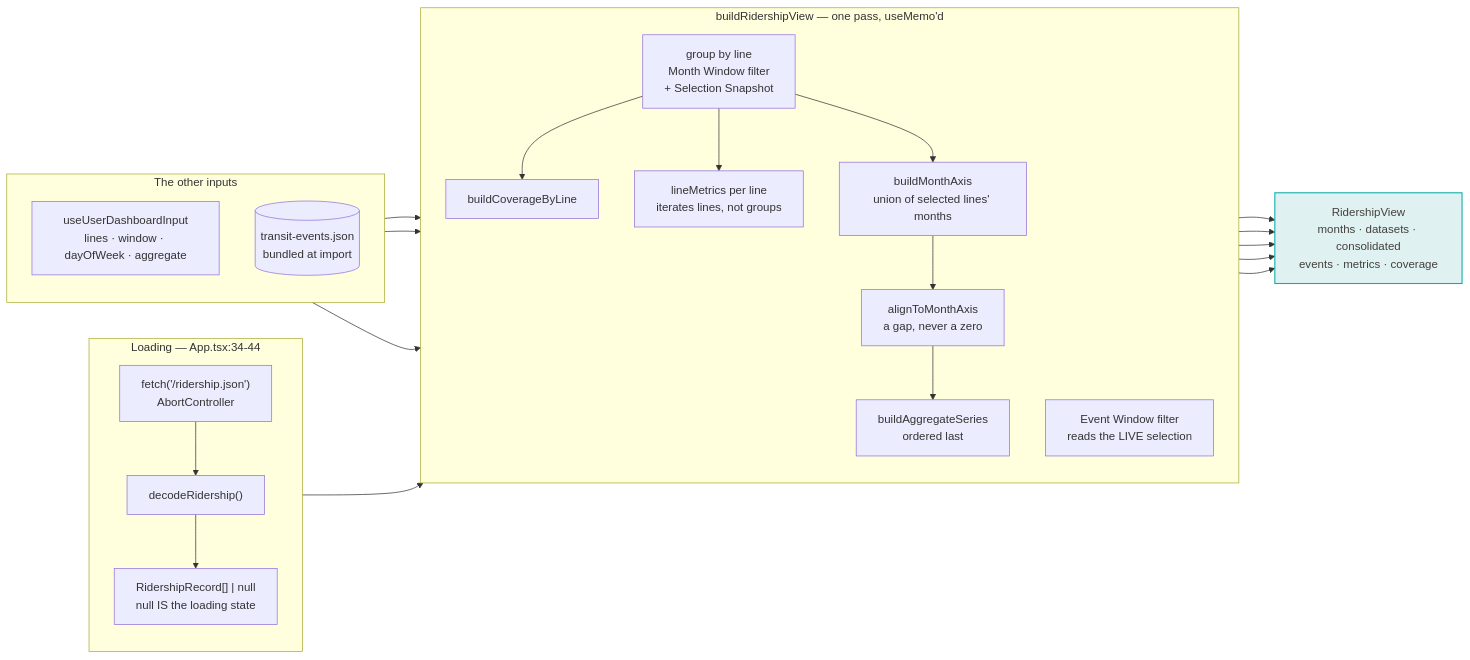
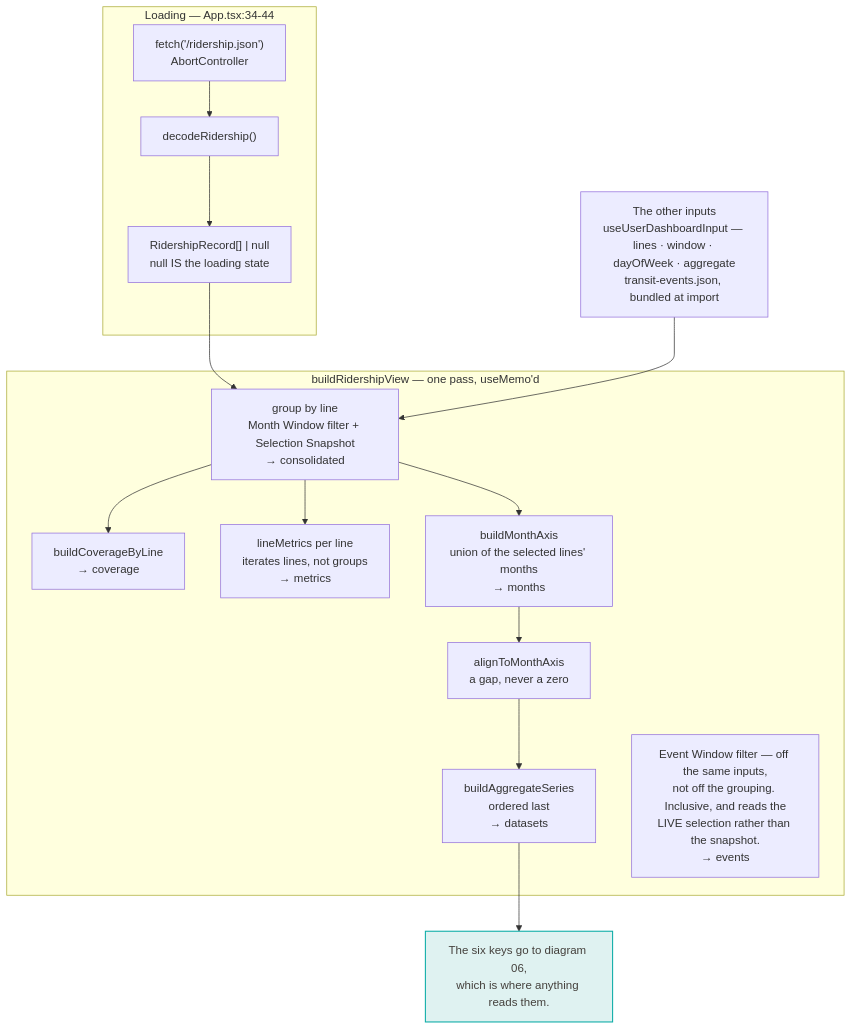
Before and after one commit to streetsforall/metro_ridership_app: the diagram in docs/architecture/mermaid/05-runtime-load-and-derive.mmd, drawn with Mermaid. The commit also changed 9 other files, not shown here.

```diff
--- a/docs/architecture/mermaid/05-runtime-load-and-derive.mmd
+++ b/docs/architecture/mermaid/05-runtime-load-and-derive.mmd
@@ -1,45 +1,32 @@
-flowchart LR
+flowchart TB
   subgraph loading["Loading — App.tsx:34-44"]
-    direction TB
     fetchCall["fetch('/ridership.json')<br/>AbortController"]
     decode["decodeRidership()"]
     records["RidershipRecord[] | null<br/>null IS the loading state"]
     fetchCall --> decode --> records
   end
 
-  subgraph inputs["The other inputs"]
-    direction TB
-    hook["useUserDashboardInput<br/>lines · window · dayOfWeek · aggregate"]
-    eventsJson[("transit-events.json<br/>bundled at import")]
-  end
+  inputs["The other inputs<br/>useUserDashboardInput — lines · window · dayOfWeek · aggregate<br/>transit-events.json, bundled at import"]
 
   subgraph derive["buildRidershipView — one pass, useMemo'd"]
-    direction TB
-    group["group by line<br/>Month Window filter<br/>+ Selection Snapshot"]
-    cover["buildCoverageByLine"]
-    metricsLoop["lineMetrics per line<br/>iterates lines, not groups"]
-    axis["buildMonthAxis<br/>union of selected lines' months"]
+    group["group by line<br/>Month Window filter + Selection Snapshot<br/>→ consolidated"]
+    cover["buildCoverageByLine<br/>→ coverage"]
+    metricsLoop["lineMetrics per line<br/>iterates lines, not groups<br/>→ metrics"]
+    axis["buildMonthAxis<br/>union of the selected lines' months<br/>→ months"]
     align["alignToMonthAxis<br/>a gap, never a zero"]
-    agg["buildAggregateSeries<br/>ordered last"]
-    evfilter["Event Window filter<br/>reads the LIVE selection"]
+    agg["buildAggregateSeries<br/>ordered last<br/>→ datasets"]
+    evfilter["Event Window filter — off the same inputs,<br/>not off the grouping. Inclusive, and reads the<br/>LIVE selection rather than the snapshot.<br/>→ events"]
 
     group --> cover
     group --> metricsLoop
     group --> axis --> align --> agg
   end
 
-  view["RidershipView<br/>months · datasets · consolidated<br/>events · metrics · coverage"]
+  records --> group
+  inputs --> group
 
-  records --> group
-  hook --> group
-  hook --> evfilter
-  eventsJson --> evfilter
-
-  cover --> view
-  metricsLoop --> view
-  align --> view
-  agg --> view
-  evfilter --> view
+  returns["The six keys go to diagram 06,<br/>which is where anything reads them."]
+  agg --> returns
 
   classDef key fill:#dff2f1,stroke:#0fada8,stroke-width:1.5px,color:#44403c
-  class view key
+  class returns key
```
